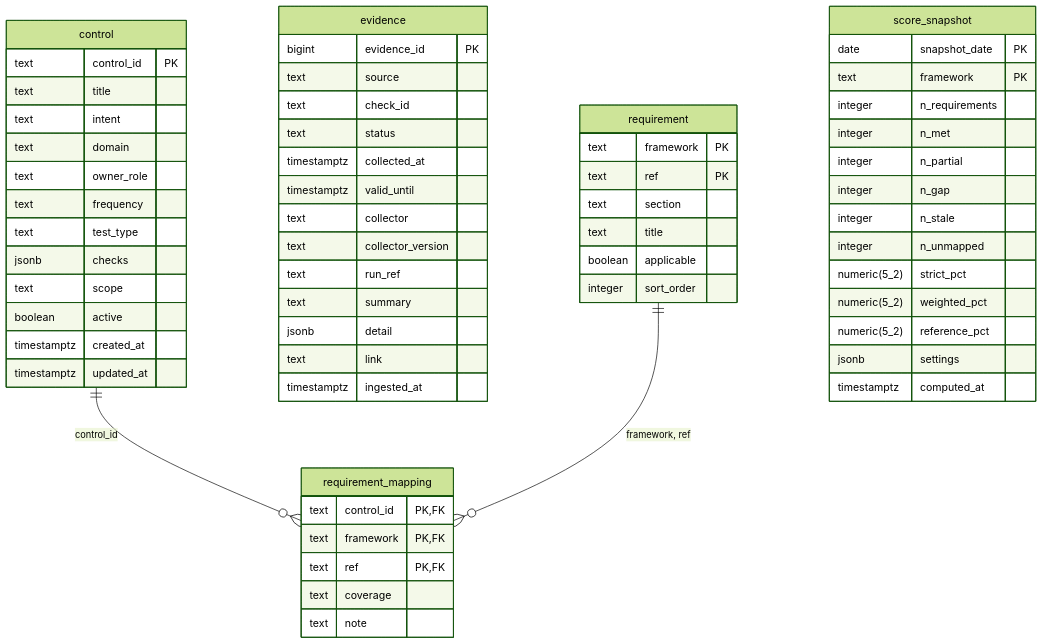
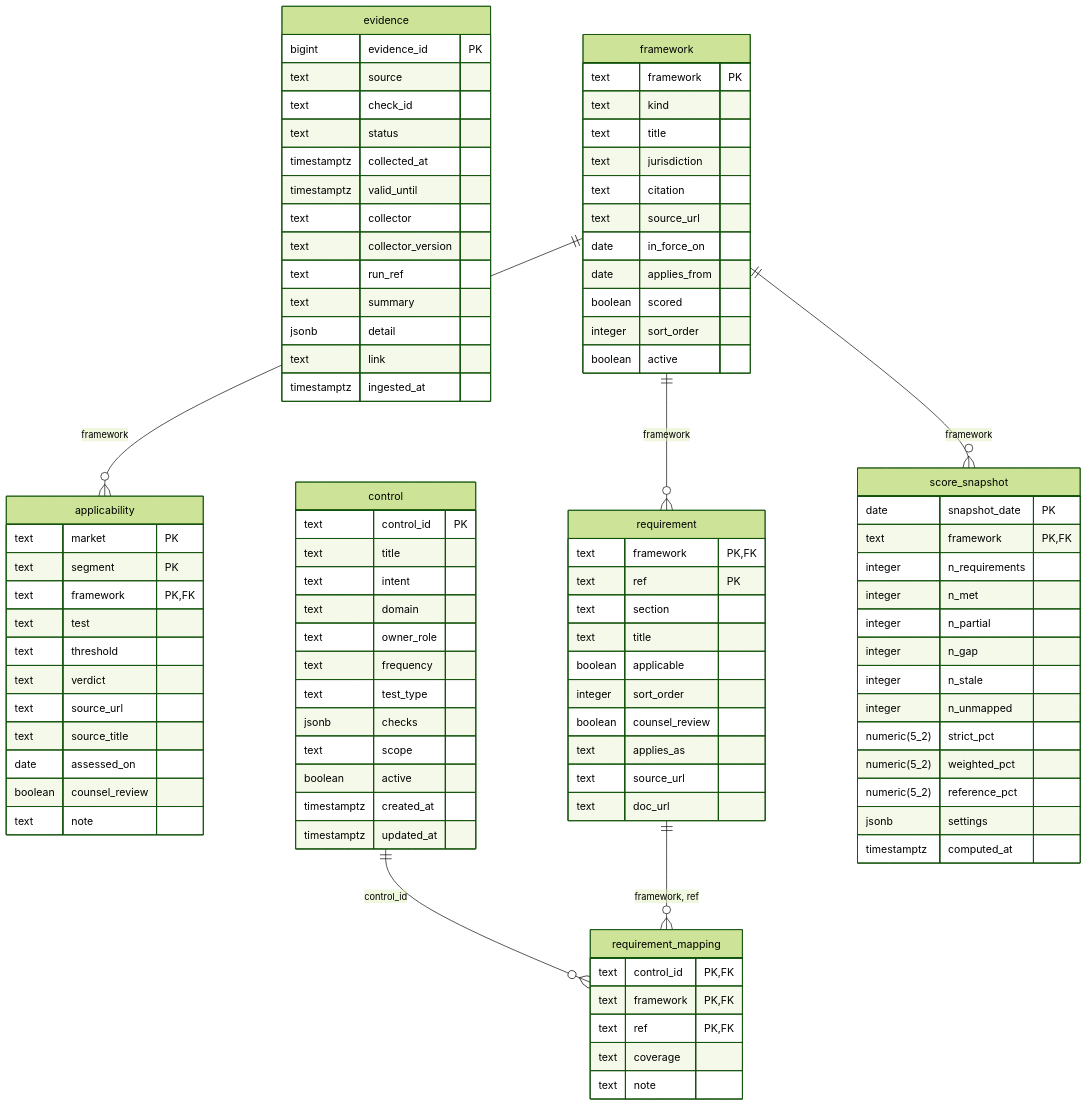
Before and after one commit to AdventureAsia365-Ecosys/AA-Ecosys: the diagram in docs/architecture/erd/compliance.md, drawn with Mermaid (forest theme). The commit also changed other lines of this file and 12 other files, not shown here.

First line of the commit message:
docs: regenerate db-schema-reference.md and ERD (live dump) (#951)

````diff
--- a/docs/architecture/erd/compliance.md
+++ b/docs/architecture/erd/compliance.md
@@ -25,5 +25,18 @@
 ```mermaid
 erDiagram
+    applicability {
+        text market PK
+        text segment PK
+        text framework PK, FK
+        text test
+        text threshold
+        text verdict
+        text source_url
+        text source_title
+        date assessed_on
+        boolean counsel_review
+        text note
+    }
     control {
         text control_id PK
         text title
@@ -53,13 +66,30 @@
         text link
         timestamptz ingested_at
     }
+    framework {
+        text framework PK
+        text kind
+        text title
+        text jurisdiction
+        text citation
+        text source_url
+        date in_force_on
+        date applies_from
+        boolean scored
+        integer sort_order
+        boolean active
+    }
     requirement {
-        text framework PK
+        text framework PK, FK
         text ref PK
         text section
         text title
         boolean applicable
         integer sort_order
+        boolean counsel_review
+        text applies_as
+        text source_url
+        text doc_url
     }
     requirement_mapping {
         text control_id PK, FK
@@ -70,7 +100,7 @@
     }
     score_snapshot {
         date snapshot_date PK
-        text framework PK
+        text framework PK, FK
         integer n_requirements
         integer n_met
         integer n_partial
@@ -83,6 +113,9 @@
         jsonb settings
         timestamptz computed_at
     }
+    framework ||--o{ applicability : "framework"
+    framework ||--o{ requirement : "framework"
     control ||--o{ requirement_mapping : "control_id"
     requirement ||--o{ requirement_mapping : "framework, ref"
+    framework ||--o{ score_snapshot : "framework"
 ```
````
